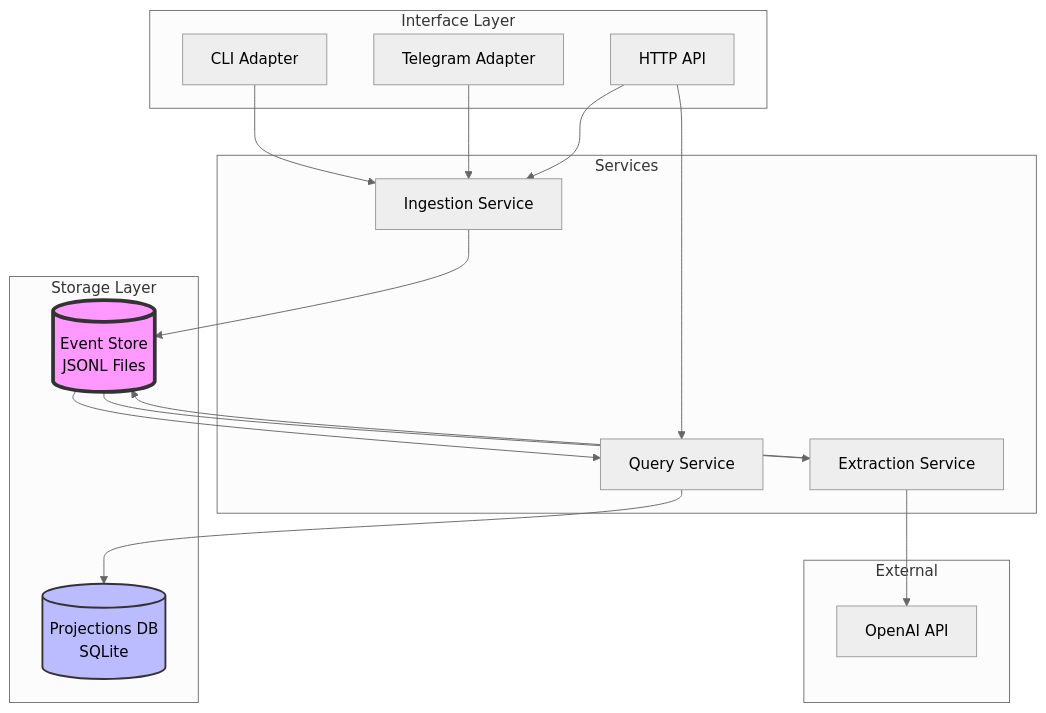
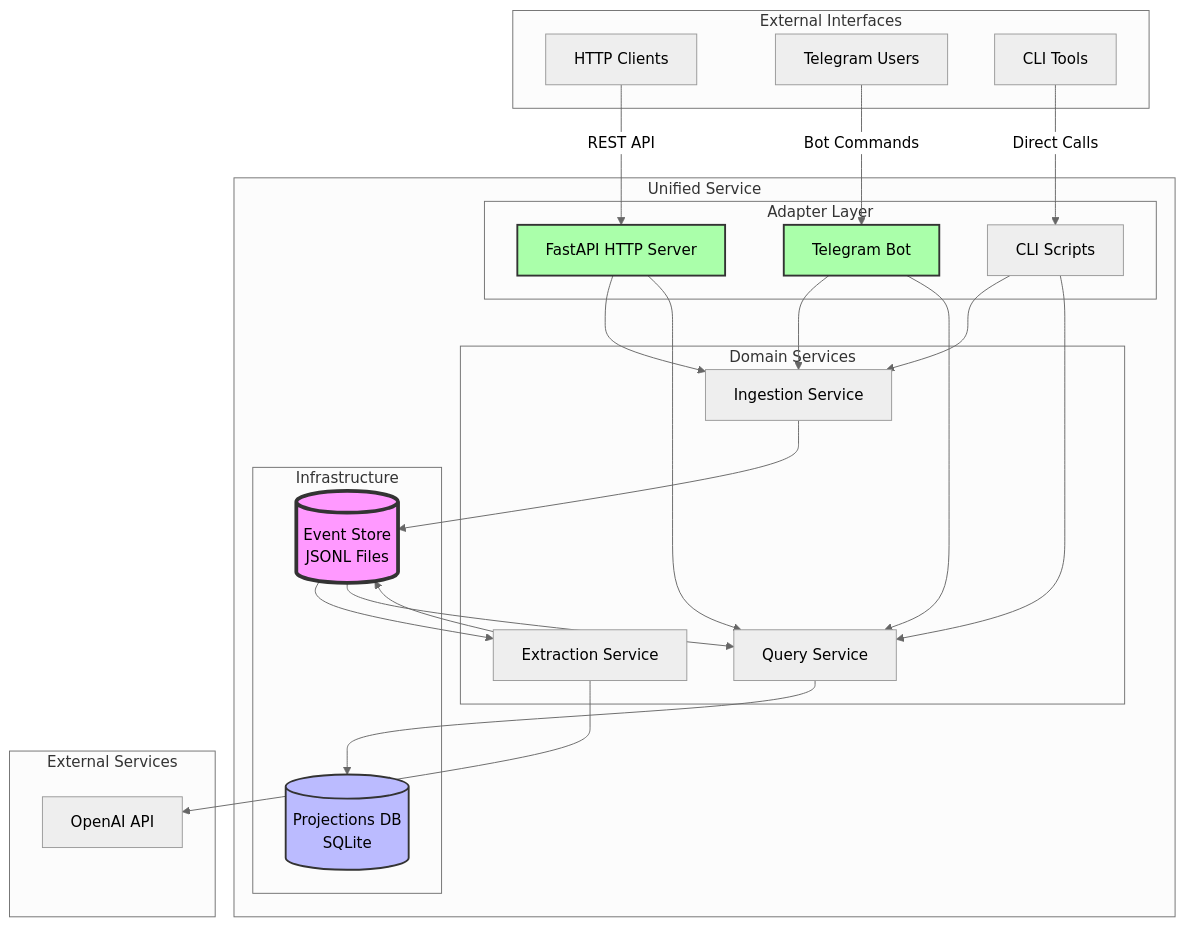
Before and after one commit to rattling/helio-mono: the second of 8 diagrams in docs/ARCHITECTURE.md, drawn with Mermaid (neutral theme). The commit also changed other lines of this file, not shown here.

First line of the commit message:
docs(architecture): Update architecture documentation for service model [#30]

````diff
--- a/docs/ARCHITECTURE.md
+++ b/docs/ARCHITECTURE.md
@@ -61,38 +95,54 @@
 ```mermaid
 graph TB
-    subgraph "Interface Layer"
-        CLI[CLI Adapter]
-        TG[Telegram Adapter]
-        API[HTTP API]
+    subgraph "Unified Service"
+        subgraph "Adapter Layer"
+            API[FastAPI HTTP Server]
+            TG[Telegram Bot]
+            CLI[CLI Scripts]
+        end
+        
+        subgraph "Domain Services"
+            ING[Ingestion Service]
+            EXT[Extraction Service]
+            QRY[Query Service]
+        end
+        
+        subgraph "Infrastructure"
+            EVT[(Event Store<br/>JSONL Files)]
+            PROJ[(Projections DB<br/>SQLite)]
+        end
     end
     
-    subgraph "Services"
-        ING[Ingestion Service]
-        EXT[Extraction Service]
-        QRY[Query Service]
+    subgraph "External Interfaces"
+        HTTP[HTTP Clients]
+        TGClient[Telegram Users]
+        Scripts[CLI Tools]
     end
     
-    subgraph "Storage Layer"
-        EVT[(Event Store<br/>JSONL Files)]
-        PROJ[(Projections DB<br/>SQLite)]
-    end
-    
-    subgraph "External"
+    subgraph "External Services"
         LLM[OpenAI API]
     end
     
-    CLI --> ING
-    TG --> ING
+    HTTP -->|REST API| API
+    TGClient -->|Bot Commands| TG
+    Scripts -->|Direct Calls| CLI
+    
     API --> ING
     API --> QRY
+    TG --> ING
+    TG --> QRY
+    CLI --> ING
+    CLI --> QRY
     
     ING --> EVT
     EVT --> EXT
     EXT --> LLM
     EXT --> EVT
     EVT --> QRY
     QRY --> PROJ
     
     style EVT fill:#f9f,stroke:#333,stroke-width:4px
     style PROJ fill:#bbf,stroke:#333,stroke-width:2px
+    style API fill:#afa,stroke:#333,stroke-width:2px
+    style TG fill:#afa,stroke:#333,stroke-width:2px
 ```
````
